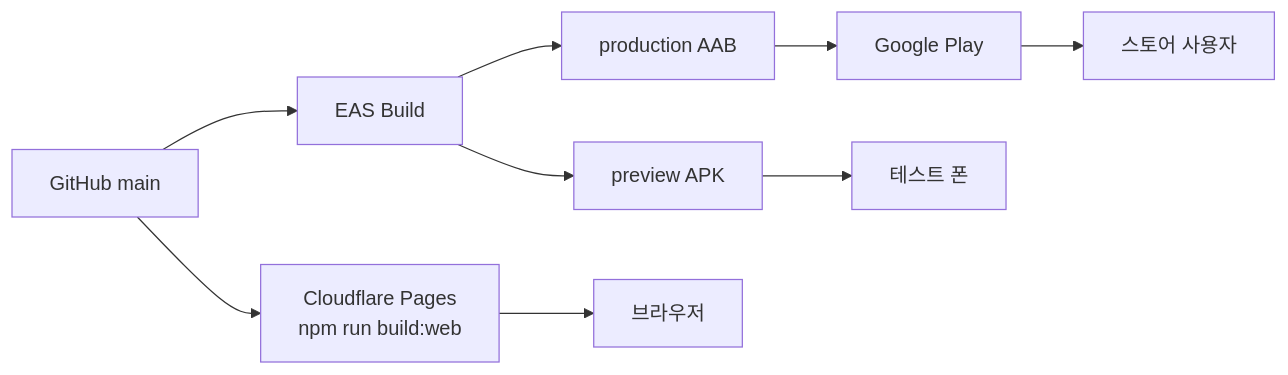
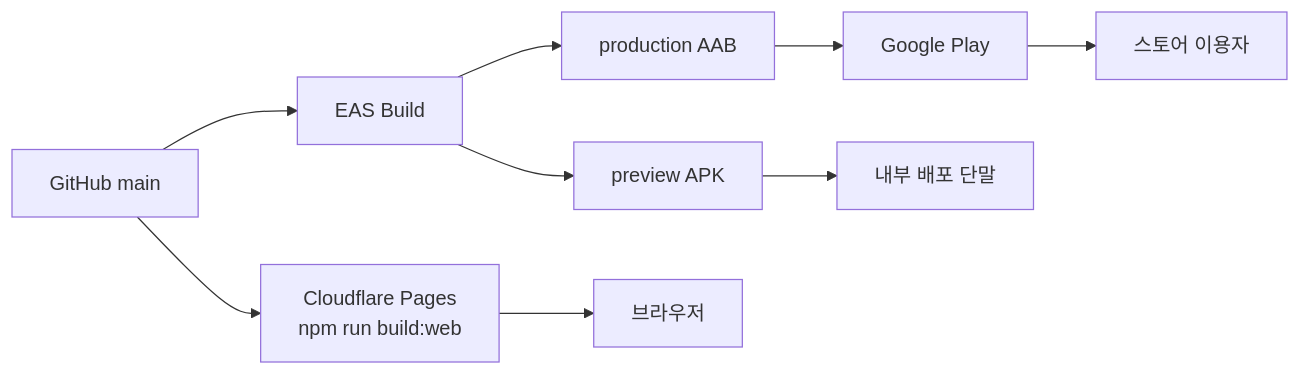
The seventh of 8 diagrams in docs/ARCHITECTURE.md (Jajungi/Dropsite), drawn with Mermaid before and after one commit. The commit also changed other lines of this file and 8 other files, not shown here.

````diff
--- a/docs/ARCHITECTURE.md
+++ b/docs/ARCHITECTURE.md
@@ -178,11 +183,11 @@
 ```mermaid
 flowchart LR
   Code[GitHub main] --> CF[Cloudflare Pages<br/>npm run build:web]
   Code --> EAS[EAS Build]
   EAS --> APK[preview APK]
   EAS --> AAB[production AAB]
   AAB --> Play[Google Play]
   CF --> UsersW[브라우저]
-  APK --> UsersA[테스트 폰]
-  Play --> UsersP[스토어 사용자]
+  APK --> UsersA[내부 배포 단말]
+  Play --> UsersP[스토어 이용자]
 ```
````
